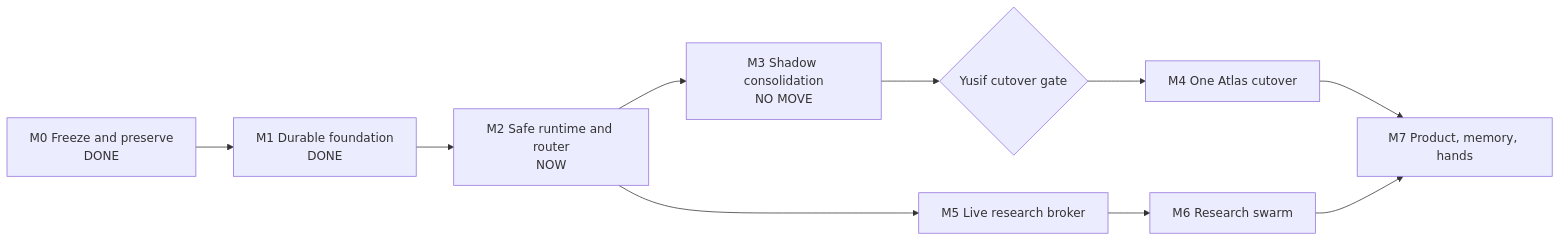
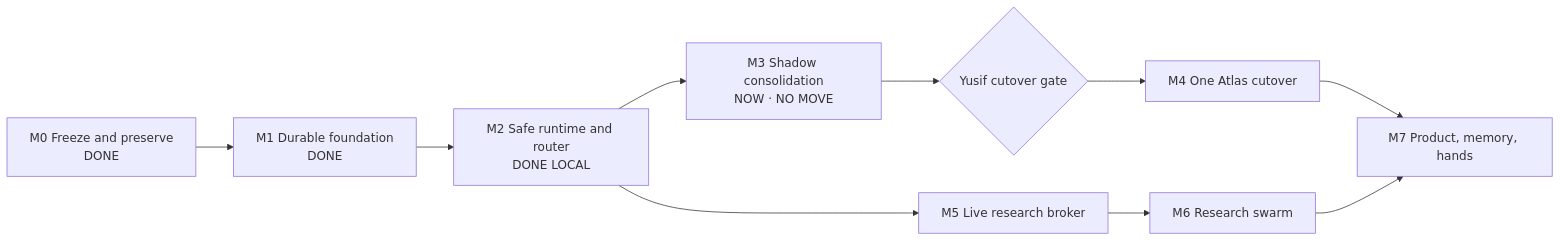
Before and after one commit to ganbaroff/atlas-cli: the diagram in docs/atlas-cto/ATLAS-MASTER-PLAN.md, drawn with Mermaid. The commit also changed other lines of this file and 3 other files, not shown here.

````diff
--- a/docs/atlas-cto/ATLAS-MASTER-PLAN.md
+++ b/docs/atlas-cto/ATLAS-MASTER-PLAN.md
@@ -28,17 +28,17 @@
 ```mermaid
 flowchart LR
     M0["M0 Freeze and preserve<br/>DONE"]
     M1["M1 Durable foundation<br/>DONE"]
-    M2["M2 Safe runtime and router<br/>NOW"]
-    M3["M3 Shadow consolidation<br/>NO MOVE"]
+    M2["M2 Safe runtime and router<br/>DONE LOCAL"]
+    M3["M3 Shadow consolidation<br/>NOW · NO MOVE"]
     G{"Yusif cutover gate"}
     M4["M4 One Atlas cutover"]
     M5["M5 Live research broker"]
     M6["M6 Research swarm"]
     M7["M7 Product, memory, hands"]
 
     M0 --> M1 --> M2 --> M3 --> G --> M4
     M2 --> M5 --> M6
     M4 --> M7
     M6 --> M7
 ```
````
